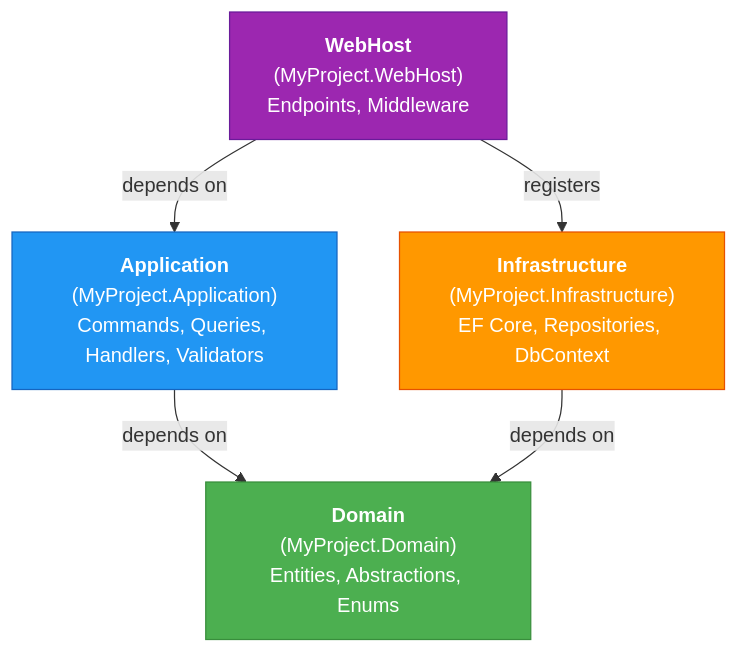
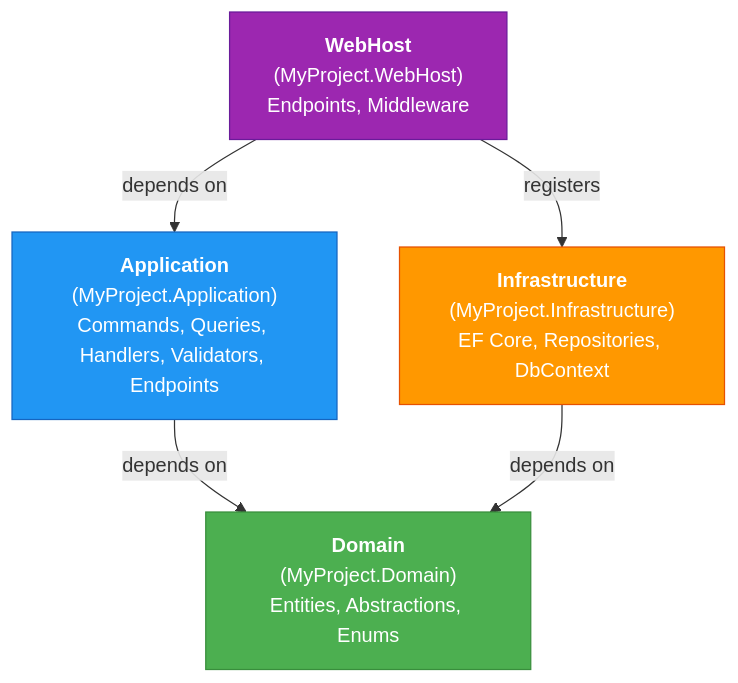
One commit to benjamin-pham/ProjectDemo changed the diagram in Architect.md. Above: the diagram before and after it, drawn with Mermaid. The commit also changed 73 other files, not shown here.

````diff
--- a/Architect.md
+++ b/Architect.md
@@ -1,17 +1,17 @@
 ```mermaid
 graph TD
     WebHost["<b>WebHost</b><br/>(MyProject.WebHost)<br/>Endpoints, Middleware"]
-    APP["<b>Application</b><br/>(MyProject.Application)<br/>Commands, Queries, Handlers, Validators"]
+    APP["<b>Application</b><br/>(MyProject.Application)<br/>Commands, Queries, Handlers, Validators, Endpoints"]
     INF["<b>Infrastructure</b><br/>(MyProject.Infrastructure)<br/>EF Core, Repositories, DbContext"]
     DOM["<b>Domain</b><br/>(MyProject.Domain)<br/>Entities, Abstractions, Enums"]
 
     WebHost -->|depends on| APP
     WebHost -->|registers| INF
     APP -->|depends on| DOM
     INF -->|depends on| DOM
 
     style DOM fill:#4CAF50,color:#fff,stroke:#388E3C
     style APP fill:#2196F3,color:#fff,stroke:#1565C0
     style INF fill:#FF9800,color:#fff,stroke:#E65100
     style WebHost fill:#9C27B0,color:#fff,stroke:#6A1B9A
 ```
````
